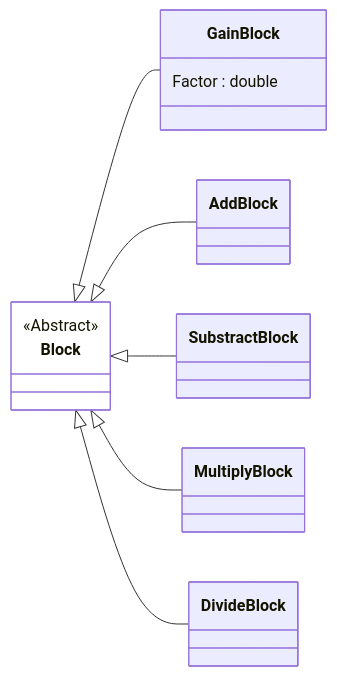
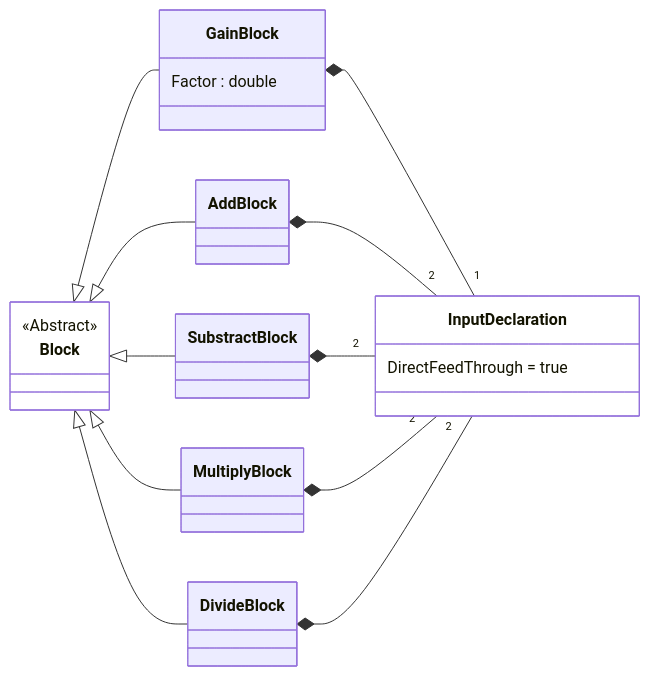
Before and after one commit to ghackenberg/kurs-computer-simulation: the diagram in Quellen/WS25/SFunctionHybrid/Block.DirectFeedThrough.mmd, drawn with Mermaid. The commit also changed 4 other files, not shown here.

```diff
--- a/Quellen/WS25/SFunctionHybrid/Block.DirectFeedThrough.mmd
+++ b/Quellen/WS25/SFunctionHybrid/Block.DirectFeedThrough.mmd
@@ -1,27 +1,37 @@
 classDiagram
 
     direction LR
 
     class Block {
         <<Abstract>>
     }
 
     class GainBlock {
         Factor : double
     }
     class AddBlock {
     }
     class SubstractBlock {
     }
     class MultiplyBlock {
     }
     class DivideBlock {
     }
+    class InputDeclaration {
+        DirectFeedThrough = true
+    }
 
     Block <|-- GainBlock
     Block <|-- AddBlock
     Block <|-- SubstractBlock
     Block <|-- MultiplyBlock
     Block <|-- DivideBlock
 
+    GainBlock *-- "1" InputDeclaration
+    AddBlock *-- "2" InputDeclaration
+    SubstractBlock *-- "2" InputDeclaration
+    MultiplyBlock *-- "2" InputDeclaration
+    DivideBlock *-- "2" InputDeclaration
+
     style Block fill:white
+    style InputDeclaration fill:white
```
